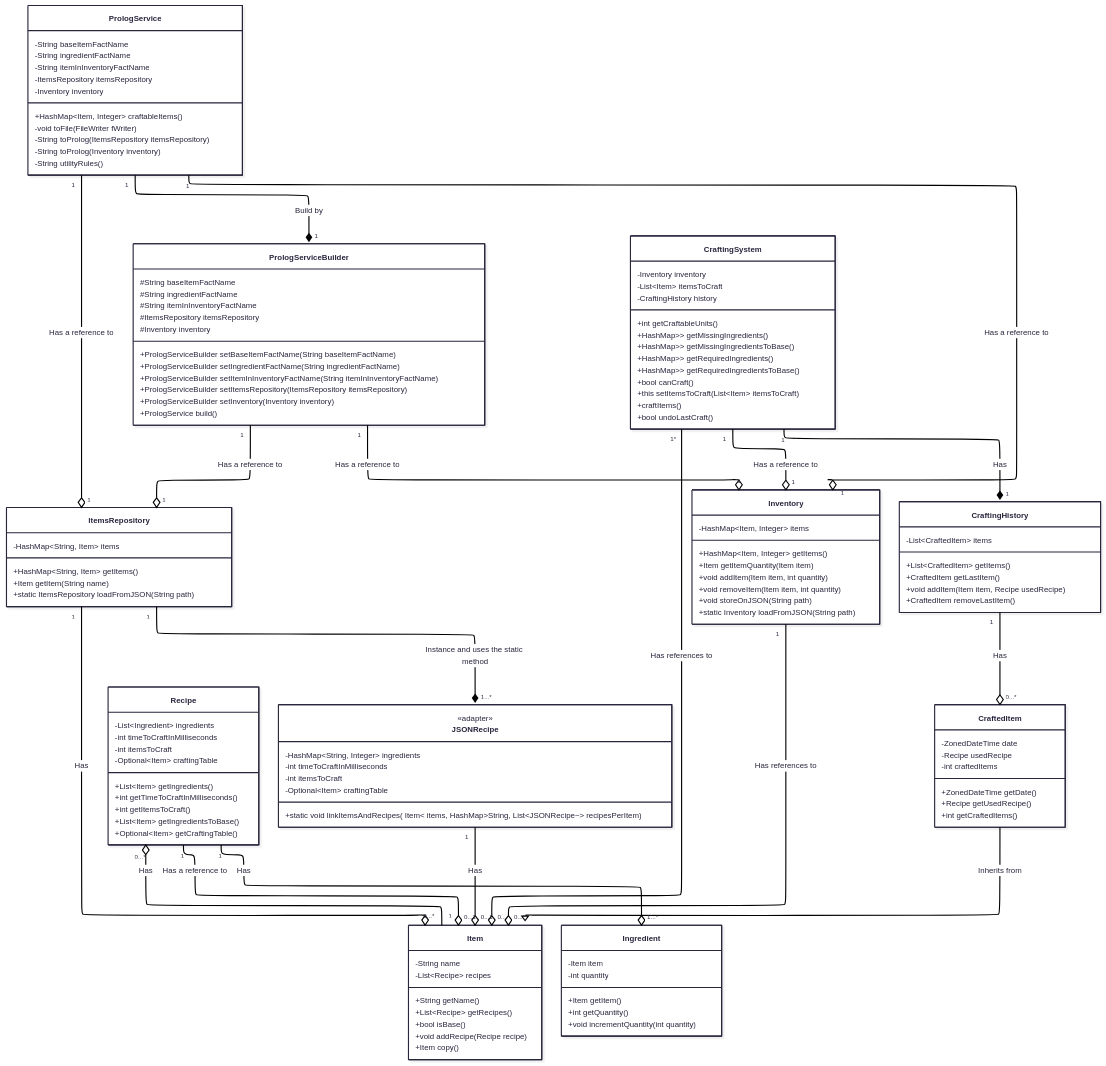
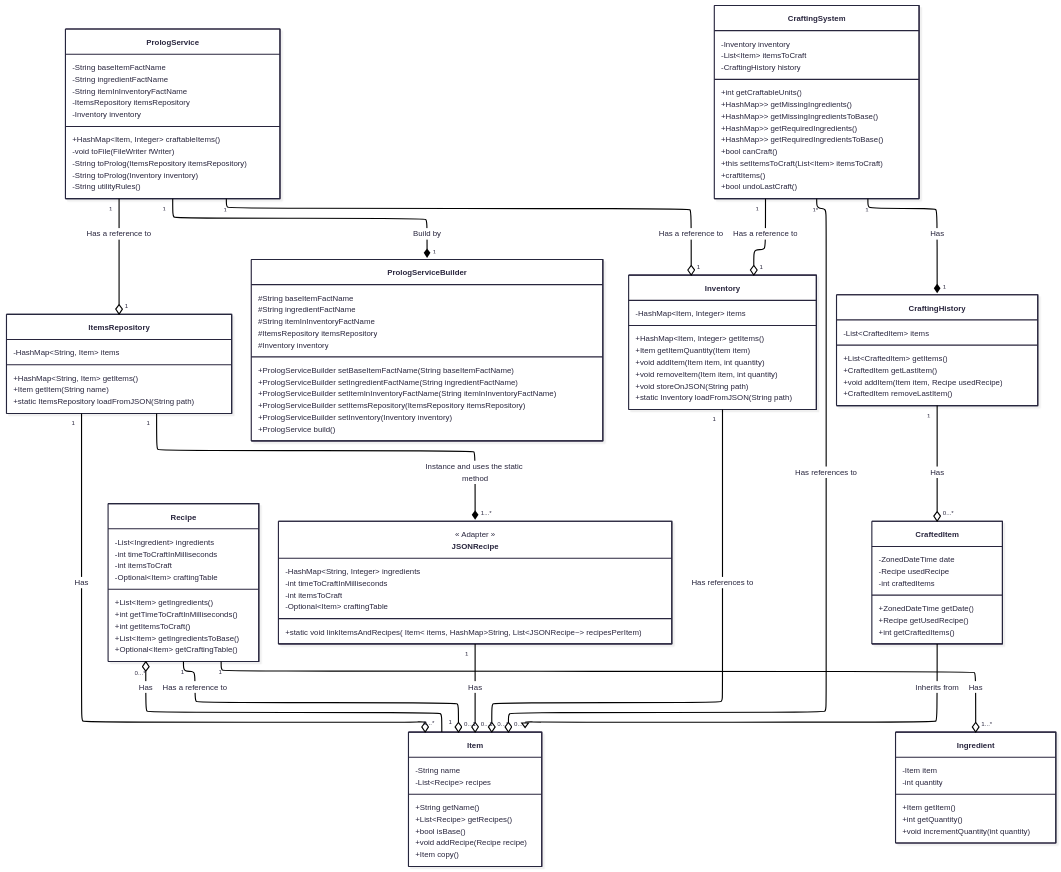
The first of 2 diagrams in README.md (hozlucas28/Java-Practical-Work-2025), drawn with Mermaid before and after one commit.

Commit message:
doc: improve class diagram style

```diff
--- a/README.md
+++ b/README.md
@@ -174,7 +174,7 @@
     }
 
     class JSONRecipe {
-        <<adapter>>
+        << Adapter >>
 
 	    -HashMap~String, Integer~ ingredients
 	    -int timeToCraftInMilliseconds
@@ -246,9 +246,6 @@
     PrologService "1" --o "1" ItemsRepository : Has a reference to
     PrologService "1" --* "1" PrologServiceBuilder : Build by
 
-    PrologServiceBuilder "1" --o "1" Inventory : Has a reference to
-    PrologServiceBuilder "1" --o "1" ItemsRepository : Has a reference to
-
     Item "1" --o "0...*" Recipe : Has
 
     Recipe "1" --o "1...*" Ingredient : Has
```
